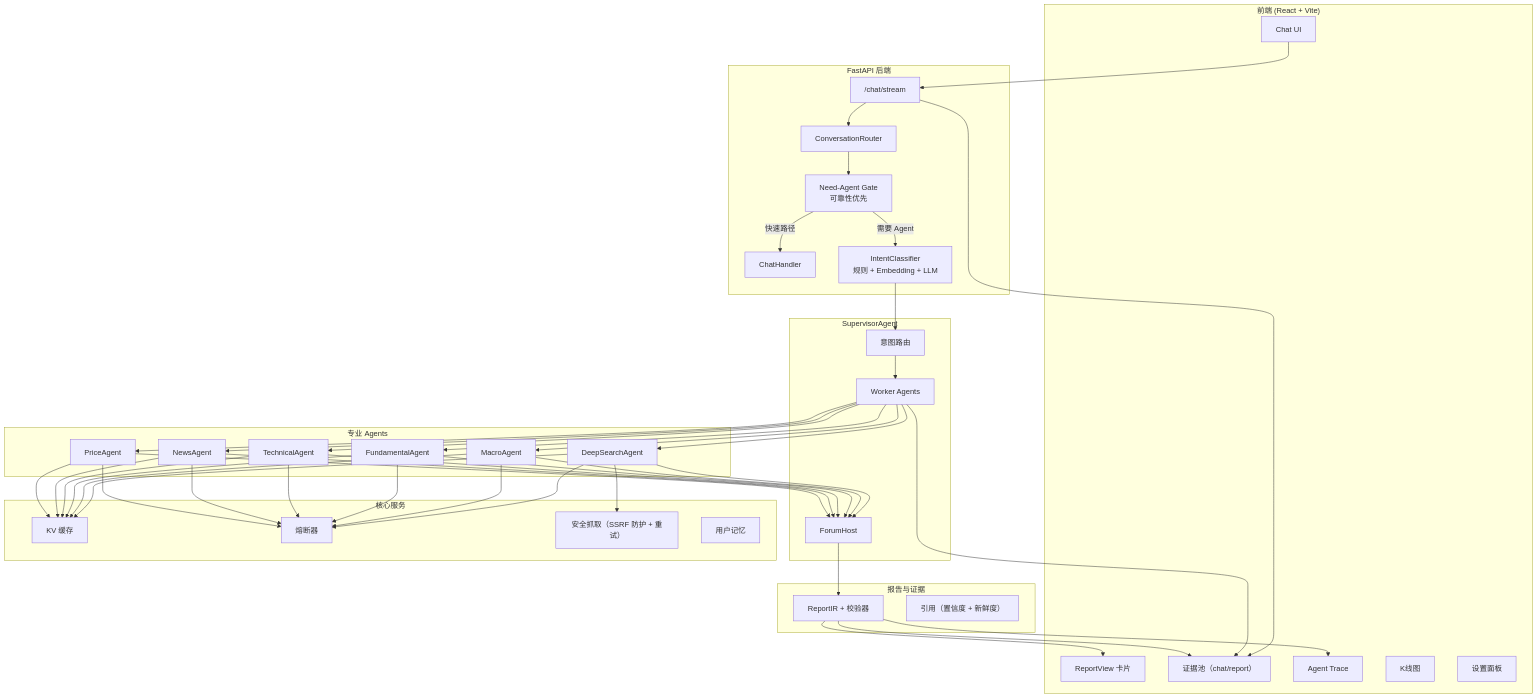
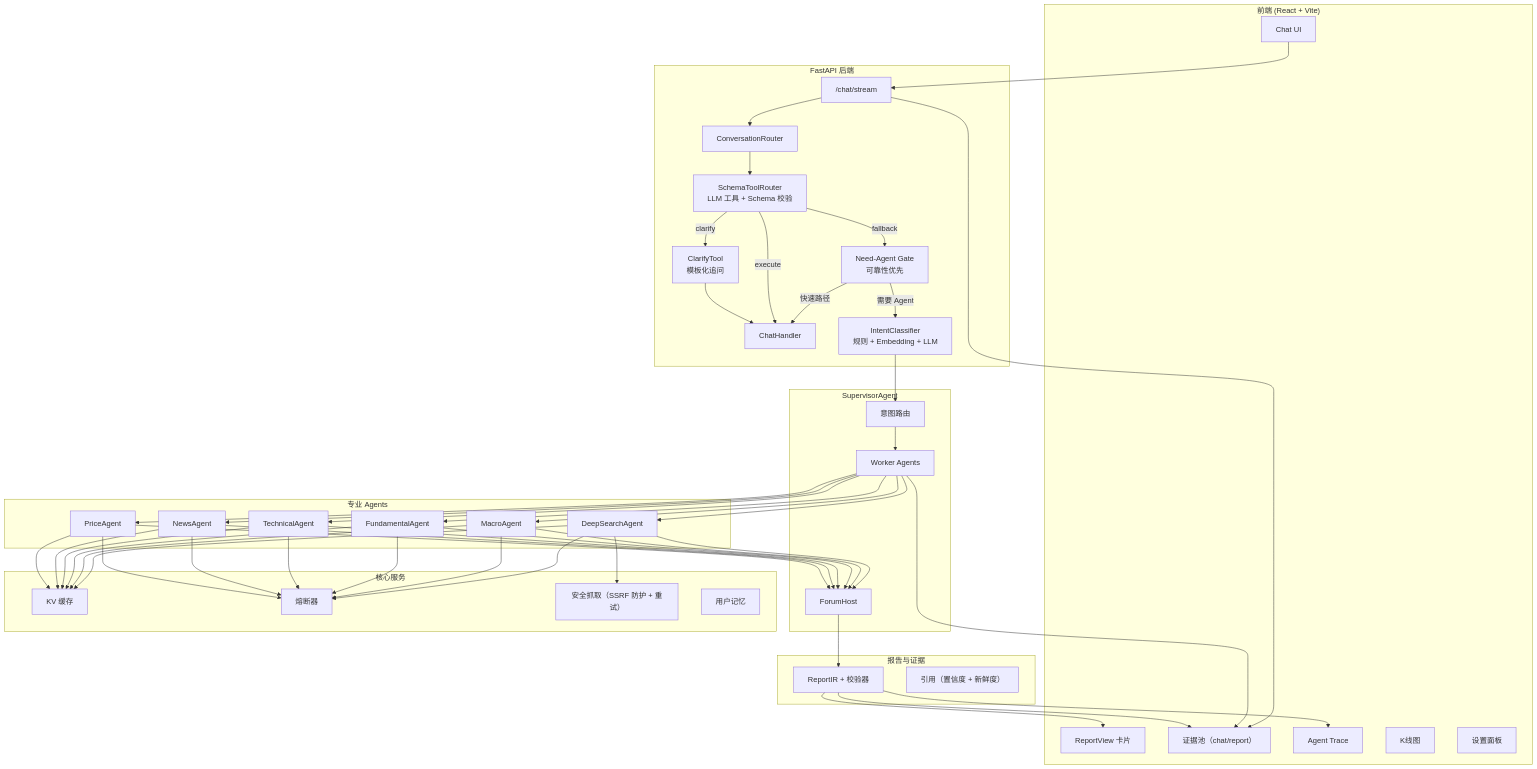
Before and after one commit to kkkano/FinSight: the first of 3 diagrams in readme_cn.md, drawn with Mermaid. The commit also changed other lines of this file and 15 other files, not shown here.

First line of the commit message:
feat: add schema-driven tool routing and clarify flow

````diff
--- a/readme_cn.md
+++ b/readme_cn.md
@@ -112,65 +114,71 @@
 ```mermaid
 flowchart TB
     subgraph Frontend["前端 (React + Vite)"]
         UI[Chat UI]
         ReportView[ReportView 卡片]
         Evidence[证据池（chat/report）]
         Trace[Agent Trace]
         Chart[K线图]
         Settings[设置面板]
     end
 
     subgraph API["FastAPI 后端"]
         Stream["/chat/stream"]
         Router["ConversationRouter"]
+        SchemaRouter["SchemaToolRouter<br/>LLM 工具 + Schema 校验"]
+        Clarify["ClarifyTool<br/>模板化追问"]
         Gate["Need-Agent Gate<br/>可靠性优先"]
         ChatHandler["ChatHandler"]
         Classifier[IntentClassifier<br/>规则 + Embedding + LLM]
     end
 
     subgraph Supervisor["SupervisorAgent"]
         SupRouter[意图路由]
         Workers[Worker Agents]
         Forum[ForumHost]
     end
 
     subgraph Agents["专业 Agents"]
         PA[PriceAgent]
         NA[NewsAgent]
         TA[TechnicalAgent]
         FA[FundamentalAgent]
         MA[MacroAgent]
         DSA[DeepSearchAgent]
     end
 
     subgraph ReportIR["报告与证据"]
         IR[ReportIR + 校验器]
         Citations[引用（置信度 + 新鲜度）]
     end
 
     subgraph Services["核心服务"]
         Cache[KV 缓存]
         CB[熔断器]
         SafeFetch[安全抓取（SSRF 防护 + 重试）]
         Memory[用户记忆]
     end
 
     UI --> Stream
     Stream --> Router
-    Router --> Gate
+    Router --> SchemaRouter
+    SchemaRouter -->|clarify| Clarify
+    Clarify --> ChatHandler
+    SchemaRouter -->|execute| ChatHandler
+    SchemaRouter -->|fallback| Gate
     Gate -->|快速路径| ChatHandler
     Gate -->|需要 Agent| Classifier
     Classifier --> SupRouter
     SupRouter --> Workers
     Workers --> PA & NA & TA & FA & MA & DSA
     PA & NA & TA & FA & MA & DSA --> Forum
     Forum --> IR --> ReportView
     IR --> Evidence
     Workers --> Evidence
     IR --> Trace
     Stream --> Evidence
 
     PA & NA & TA & FA & MA & DSA --> Cache
     PA & NA & TA & FA & MA & DSA --> CB
     DSA --> SafeFetch
 ```
````
